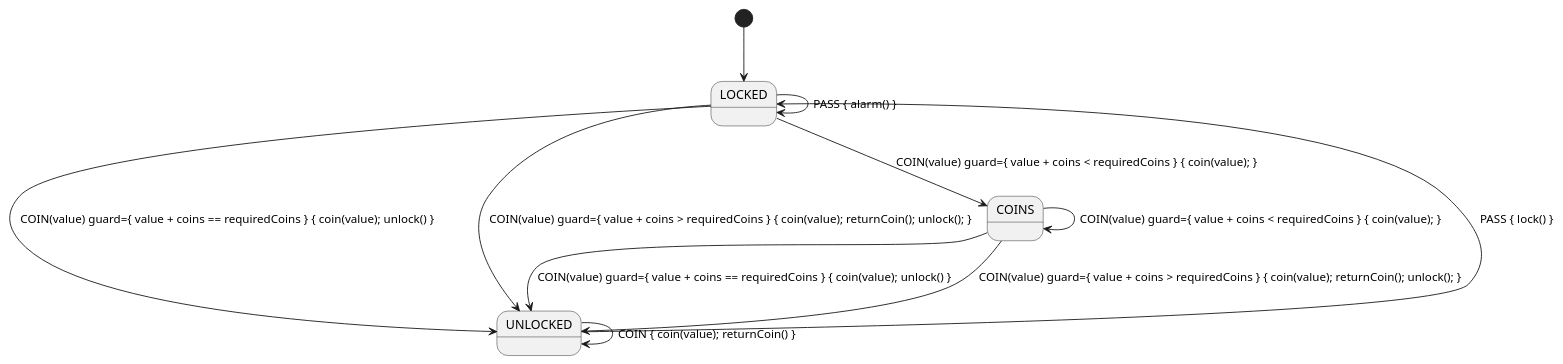
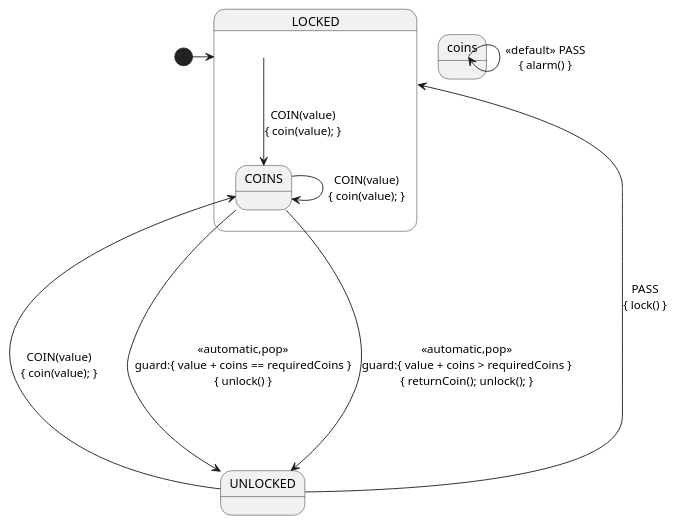
One commit to open-jumpco/kfsm changed the diagram in src/doc/plantuml/paying-turnstile-fsm.plantuml. Above: the diagram before and after it, drawn with PlantUML. The commit also changed 27 other files, not shown here.

```diff
--- a/src/doc/plantuml/paying-turnstile-fsm.plantuml
+++ b/src/doc/plantuml/paying-turnstile-fsm.plantuml
@@ -1,14 +1,23 @@
 @startuml
 
-[*] --> LOCKED
-LOCKED -down-> UNLOCKED : COIN(value) guard={ value + coins == requiredCoins } { coin(value); unlock() }
-LOCKED --> UNLOCKED : COIN(value) guard={ value + coins > requiredCoins } { coin(value); returnCoin(); unlock(); }
-LOCKED --> COINS : COIN(value) guard={ value + coins < requiredCoins } { coin(value); }
-COINS --> UNLOCKED : COIN(value) guard={ value + coins == requiredCoins } { coin(value); unlock() }
-COINS ---> COINS : COIN(value) guard={ value + coins < requiredCoins } { coin(value); }
-COINS --> UNLOCKED : COIN(value) guard={ value + coins > requiredCoins } { coin(value); returnCoin(); unlock(); }
-UNLOCKED ---> LOCKED : PASS { lock() }
-LOCKED ---> LOCKED : PASS { alarm() }
-UNLOCKED ---> UNLOCKED : COIN { coin(value); returnCoin() }
+[*] -right-> LOCKED
+
+state LOCKED {
+    LOCKED --> LOCKED : <<default>> PASS\n{ alarm() }
+    LOCKED --> COINS : COIN(value)\n{ coin(value); }
+}
+
+state UNLOCKED {
+    UNLOCKED --> LOCKED : PASS\n{ lock() }
+    UNLOCKED --up--> COINS : COIN(value)\n{ coin(value); }
+}
+
+state coins {
+    state COINS {
+        COINS --> COINS : COIN(value)\n{ coin(value); }
+        COINS --down--> UNLOCKED : <<automatic,pop>>\nguard:{ value + coins == requiredCoins }\n{ unlock() }
+        COINS --down--> UNLOCKED : <<automatic,pop>>\nguard:{ value + coins > requiredCoins }\n{ returnCoin(); unlock(); }
+    }
+}
 
 @enduml
```
